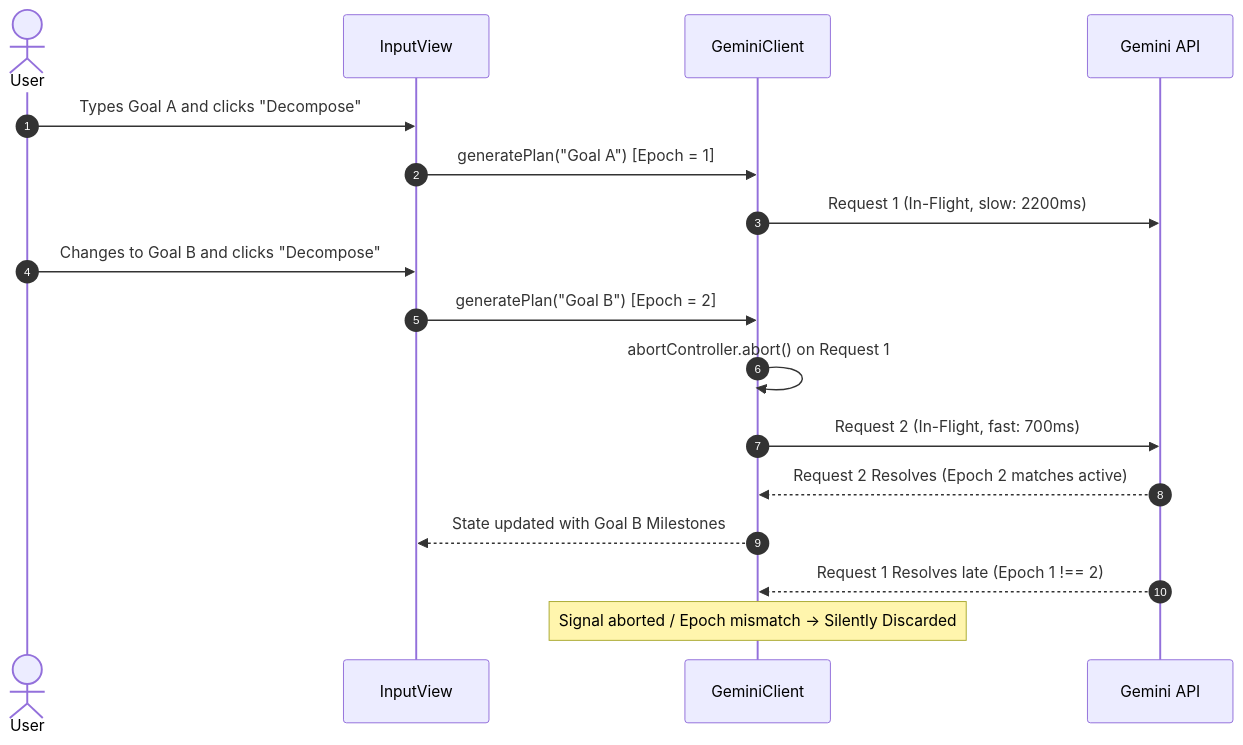
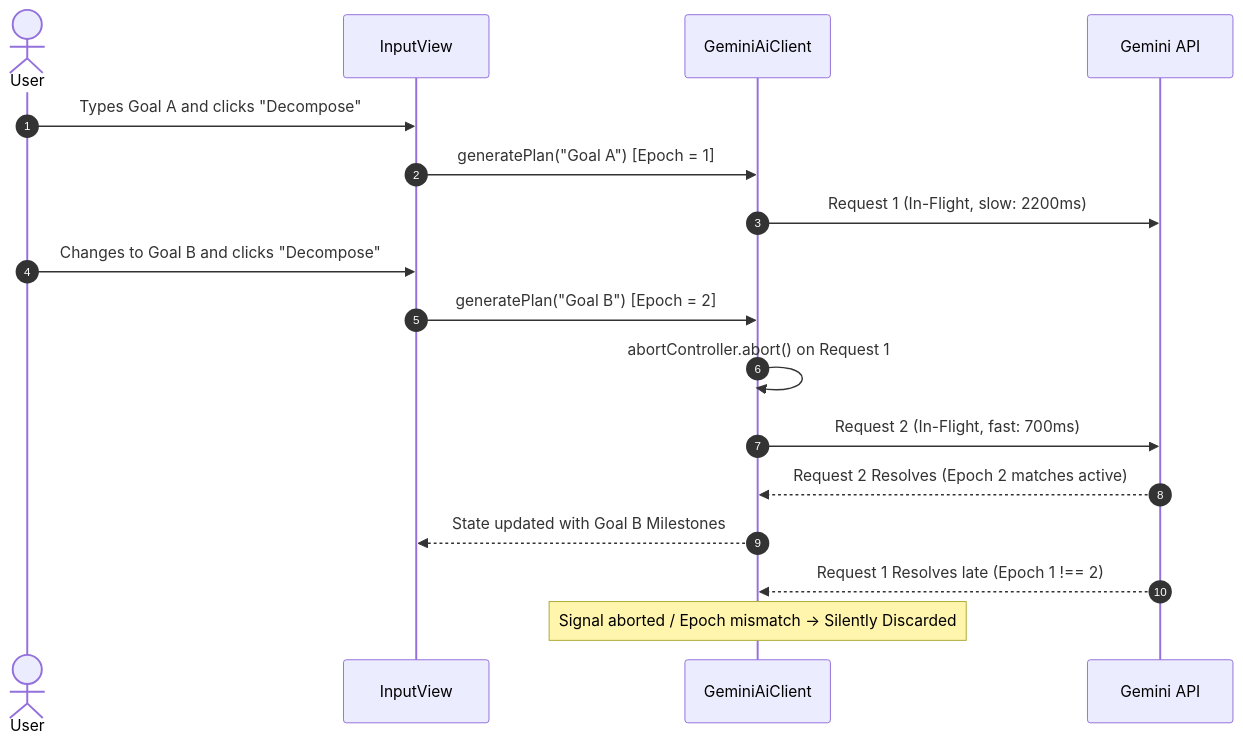
One commit to piyushmakhija28/countdown-lockscreen-challenge changed the diagram in docs/lld/04-concurrency-threading-model.md. Above: the diagram before and after it, drawn with Mermaid. The commit also changed other lines of this file and 33 other files, not shown here.

Commit message:
docs(audit): remediate all forensic architectural, mathematical, and code blueprint defects to Level 2.2 standard

````diff
--- a/docs/lld/04-concurrency-threading-model.md
+++ b/docs/lld/04-concurrency-threading-model.md
@@ -74,23 +74,23 @@
 ```mermaid
 sequenceDiagram
     autonumber
     actor User as User
     participant View as InputView
-    participant Client as GeminiClient
+    participant Client as GeminiAiClient
     participant Network as Gemini API
 
     User->>View: Types Goal A and clicks "Decompose"
     View->>Client: generatePlan("Goal A") [Epoch = 1]
     Client->>Network: Request 1 (In-Flight, slow: 2200ms)
     
     User->>View: Changes to Goal B and clicks "Decompose"
     View->>Client: generatePlan("Goal B") [Epoch = 2]
     Client->>Client: abortController.abort() on Request 1
     Client->>Network: Request 2 (In-Flight, fast: 700ms)
     
     Network-->>Client: Request 2 Resolves (Epoch 2 matches active)
     Client-->>View: State updated with Goal B Milestones
     
     Network-->>Client: Request 1 Resolves late (Epoch 1 !== 2)
     Note over Client: Signal aborted / Epoch mismatch -> Silently Discarded
 ```
````
